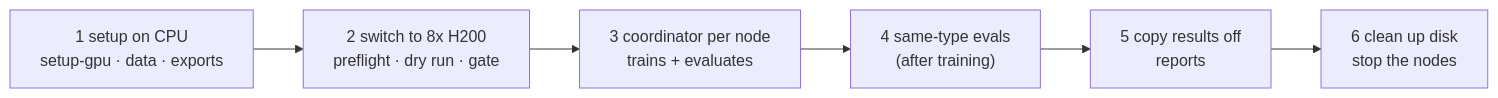
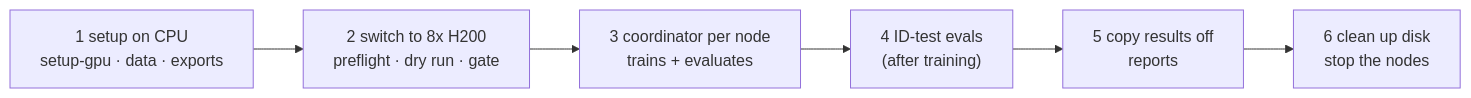
Before and after one commit to codexceed/rl-env-lab: the second of 2 diagrams in README.md, drawn with Mermaid. The commit also changed other lines of this file and 4 other files, not shown here.

````diff
--- a/README.md
+++ b/README.md
@@ -119,8 +130,8 @@
 ```mermaid
 flowchart LR
   S["1 setup on CPU<br/>setup-gpu · data · exports"] --> G["2 switch to 8x H200<br/>preflight · dry run · gate"]
   G --> C["3 coordinator per node<br/>trains + evaluates"]
-  C --> X["4 same-type evals<br/>(after training)"]
+  C --> X["4 ID-test evals<br/>(after training)"]
   X --> R["5 copy results off<br/>reports"]
   R --> CL["6 clean up disk<br/>stop the nodes"]
 ```
````
